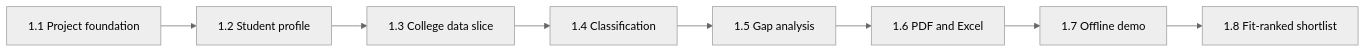
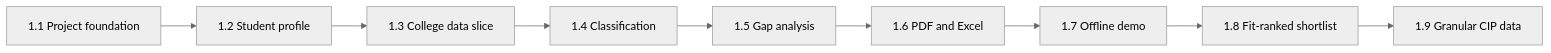
One commit to vijendharv/USCollegeSelection changed the second of 2 diagrams in ARCHITECTURE.md. Above: the diagram before and after it, drawn with Mermaid (neutral theme). The commit also changed other lines of this file and 22 other files, not shown here.

Commit message:
Add granular CIP program data

````diff
--- a/ARCHITECTURE.md
+++ b/ARCHITECTURE.md
@@ -428,10 +428,11 @@
 ```mermaid
 flowchart LR
     M1["1.1 Project foundation"] --> M2["1.2 Student profile"]
     M2 --> M3["1.3 College data slice"]
     M3 --> M4["1.4 Classification"]
     M4 --> M5["1.5 Gap analysis"]
     M5 --> M6["1.6 PDF and Excel"]
     M6 --> M7["1.7 Offline demo"]
     M7 --> M8["1.8 Fit-ranked shortlist"]
+    M8 --> M9["1.9 Granular CIP data"]
 ```
````
